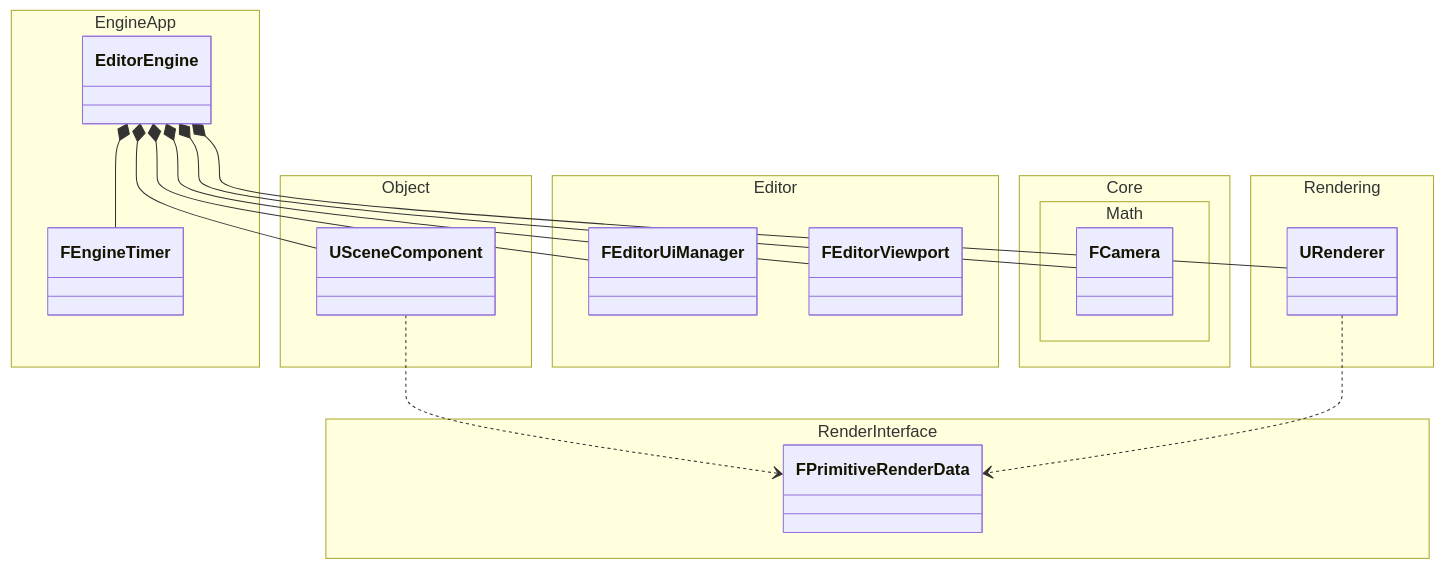
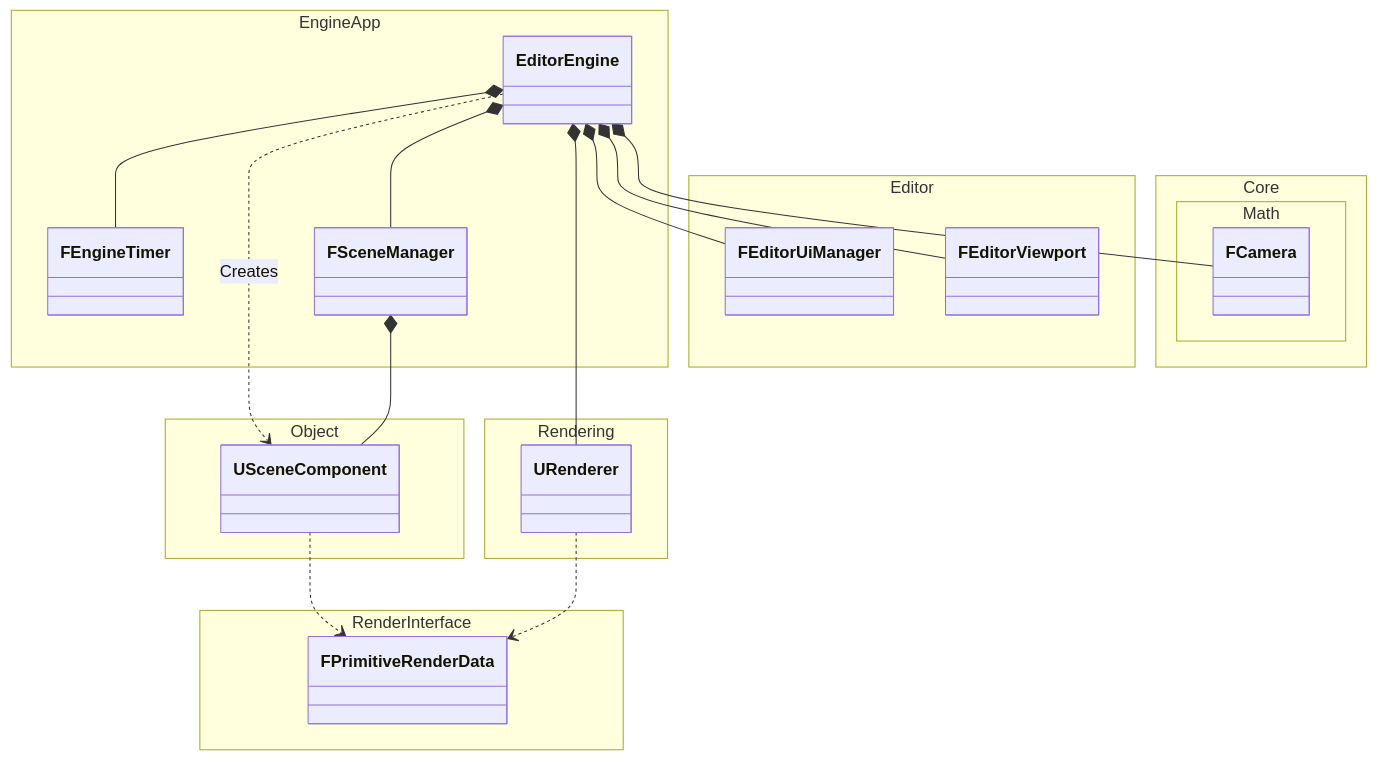
One commit to ksang9609/jingle-engine changed the diagram in docs/apps/EngineApp/EditorEngineDiagram.md. Above: the diagram before and after it, drawn with Mermaid.

Commit message:
docs: Update editor engine class diagram

````diff
--- a/docs/apps/EngineApp/EditorEngineDiagram.md
+++ b/docs/apps/EngineApp/EditorEngineDiagram.md
@@ -3,40 +3,44 @@
 ```mermaid
 classDiagram
 
 namespace EngineApp {
 	class EditorEngine
 	class FEngineTimer
+	class FSceneManager
 }
 
 namespace Rendering {
 	class URenderer
 }
 
 namespace Editor {
 	class FEditorUiManager
 	class FEditorViewport
 }
 
 namespace Core.Math {
 	class FCamera
 }
 
 namespace Object {
 	class USceneComponent
 }
 
 namespace RenderInterface {
 	class FPrimitiveRenderData
 }
 
 EditorEngine *-- FEngineTimer
 EditorEngine *-- URenderer
 EditorEngine *-- FEditorUiManager
+EditorEngine *-- FSceneManager
 EditorEngine *-- FEditorViewport
 EditorEngine *-- FCamera
-EditorEngine *-- USceneComponent
+
+EditorEngine ..> USceneComponent : Creates
+FSceneManager *-- USceneComponent
 
 USceneComponent ..> FPrimitiveRenderData
 URenderer ..> FPrimitiveRenderData
 
 ```
````
